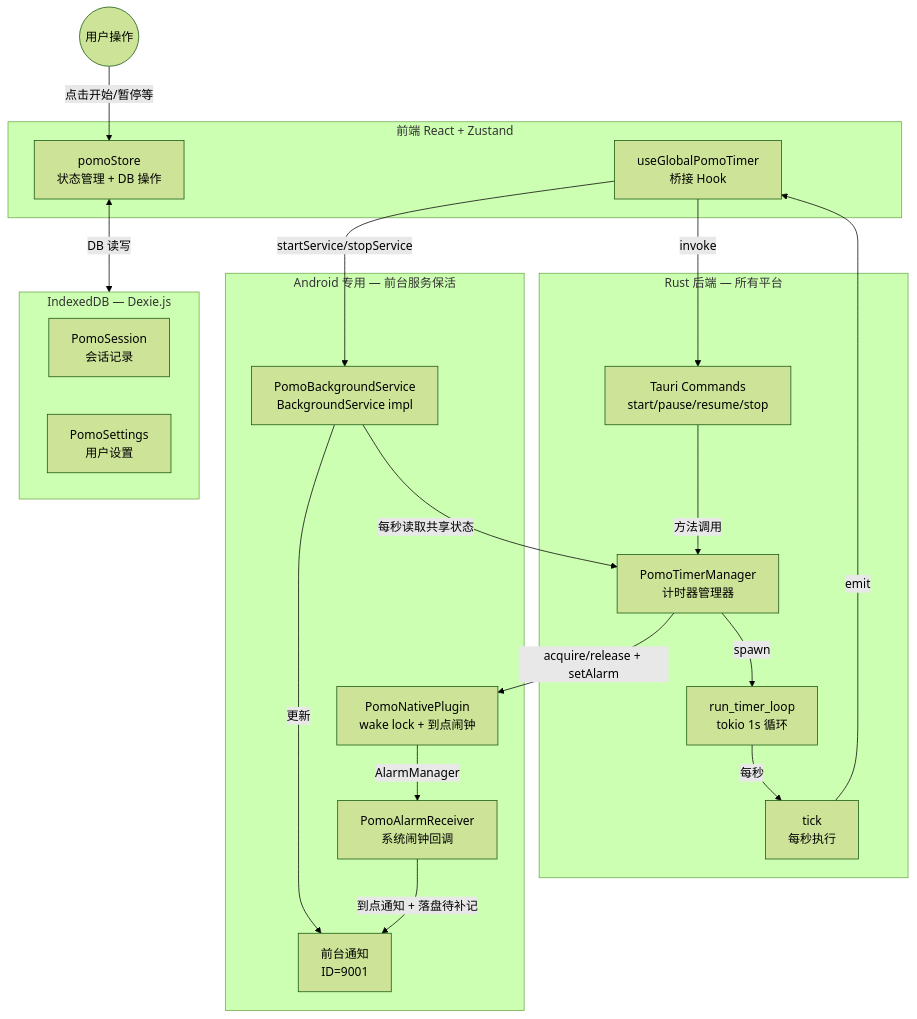
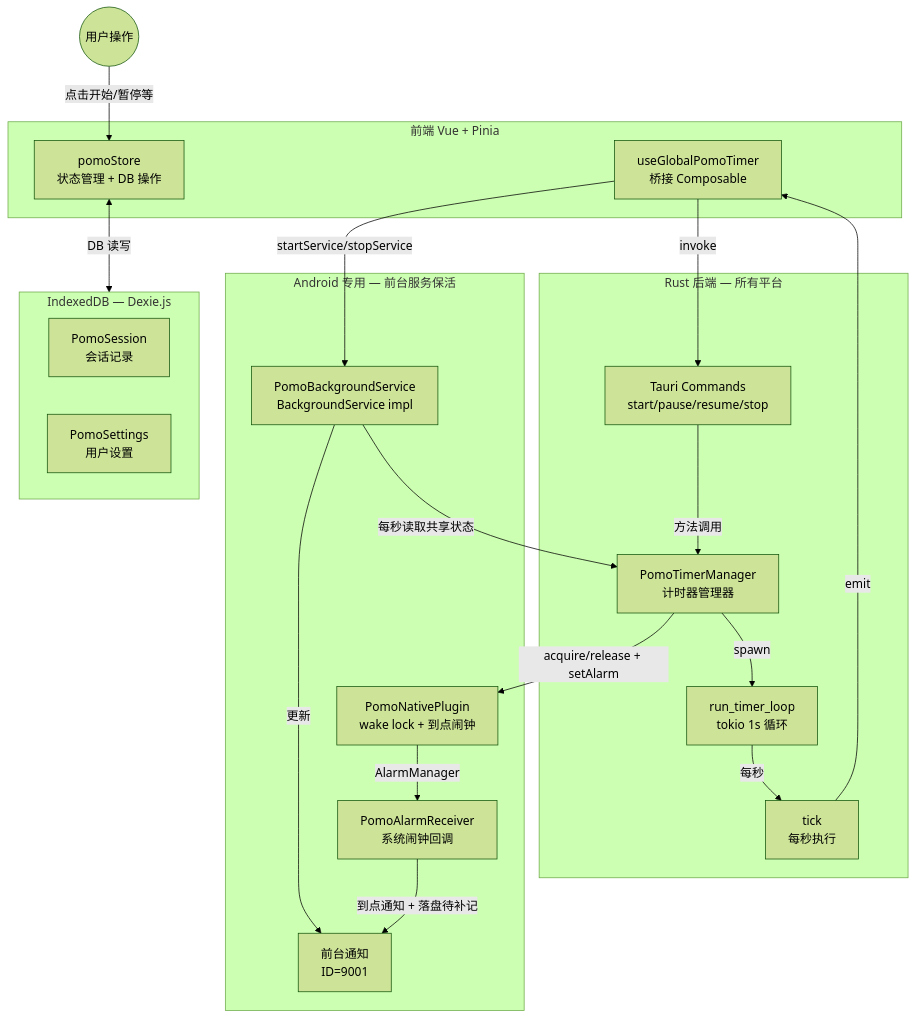
The first of 7 diagrams in src/docs/pomo.md (ruinb0wman/exp1), drawn with Mermaid (forest theme) before and after one commit. The commit also changed 242 other files, not shown here.

First line of the commit message:
refactor(vue): 前端从 React 19 迁移到 Vue 3 + Vite

````diff
--- a/src/docs/pomo.md
+++ b/src/docs/pomo.md
@@ -5,41 +5,41 @@
 ```mermaid
 flowchart TB
-    subgraph Frontend["前端 React + Zustand"]
+    subgraph Frontend["前端 Vue + Pinia"]
         PS[pomoStore\n状态管理 + DB 操作]
-        UGPT[useGlobalPomoTimer\n桥接 Hook]
+        UGPT[useGlobalPomoTimer\n桥接 Composable]
     end
 
     subgraph Rust["Rust 后端 — 所有平台"]
         PTM[PomoTimerManager\n计时器管理器]
         RTL[run_timer_loop\ntokio 1s 循环]
         TICK[tick\n每秒执行]
         CMDS[Tauri Commands\nstart/pause/resume/stop]
     end
 
     subgraph Android["Android 专用 — 前台服务保活"]
         PBS[PomoBackgroundService\nBackgroundService impl]
         FGN[前台通知\nID=9001]
         PNP[PomoNativePlugin\nwake lock + 到点闹钟]
         PAR[PomoAlarmReceiver\n系统闹钟回调]
     end
 
     subgraph DB["IndexedDB — Dexie.js"]
         SESS[PomoSession\n会话记录]
         SETT[PomoSettings\n用户设置]
     end
 
     User((用户操作)) -->|点击开始/暂停等| PS
     PS <-->|DB 读写| DB
     UGPT -->|invoke| CMDS
     CMDS -->|方法调用| PTM
     PTM -->|spawn| RTL
     RTL -->|每秒| TICK
     TICK -->|emit| UGPT
 
     UGPT -->|startService/stopService| PBS
     PBS -->|每秒读取共享状态| PTM
     PBS -->|更新| FGN
     PTM -->|acquire/release + setAlarm| PNP
     PNP -->|AlarmManager| PAR
     PAR -->|到点通知 + 落盘待补记| FGN
 ```
````
